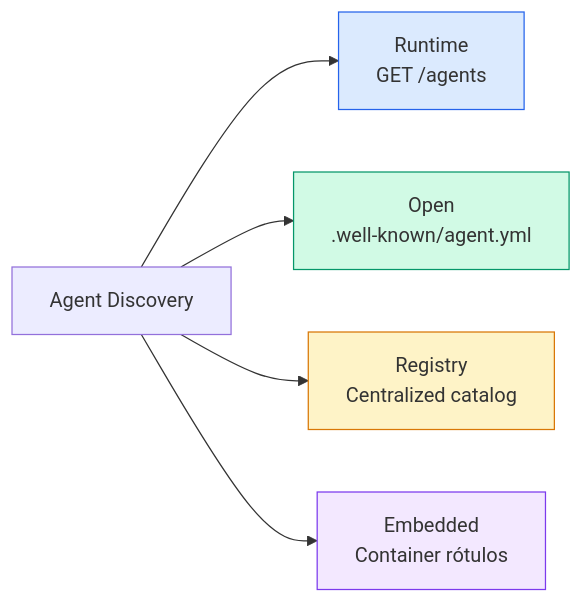
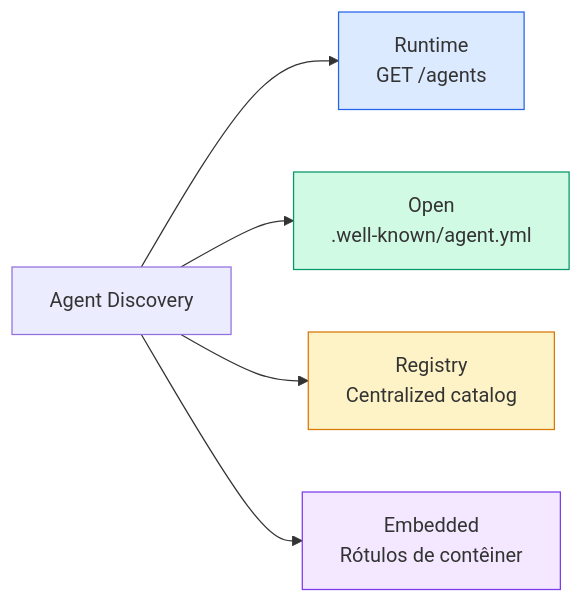
Before and after one commit to K3lvin-dev/ai-engineering-from-scratch: the sixth of 9 diagrams in phases/16-multi-agent-and-swarms/03-communication-protocols/docs/pt-br.md, drawn with Mermaid. The commit also changed other lines of this file and 23 other files, not shown here.

````diff
--- a/phases/16-multi-agent-and-swarms/03-communication-protocols/docs/pt-br.md
+++ b/phases/16-multi-agent-and-swarms/03-communication-protocols/docs/pt-br.md
@@ -311,12 +311,12 @@
 ```mermaid
 graph LR
     A[Agent Discovery] --> B["Runtime<br/>GET /agents"]
     A --> C["Open<br/>.well-known/agent.yml"]
     A --> D["Registry<br/>Centralized catalog"]
-    A --> E["Embedded<br/>Container rótulos"]
+    A --> E["Embedded<br/>Rótulos de contêiner"]
 
     style B fill:#dbeafe,stroke:#2563eb
     style C fill:#d1fae5,stroke:#059669
     style D fill:#fef3c7,stroke:#d97706
     style E fill:#f3e8ff,stroke:#7c3aed
 ```
````
